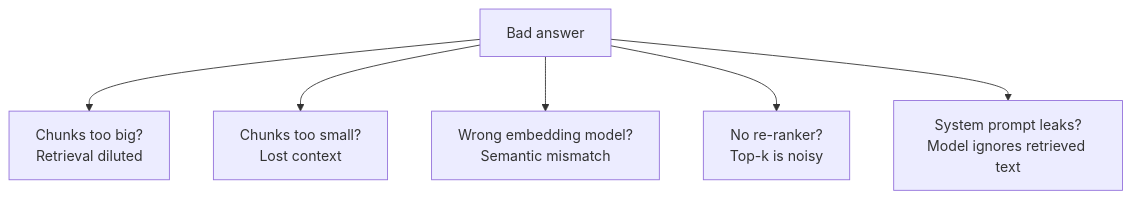
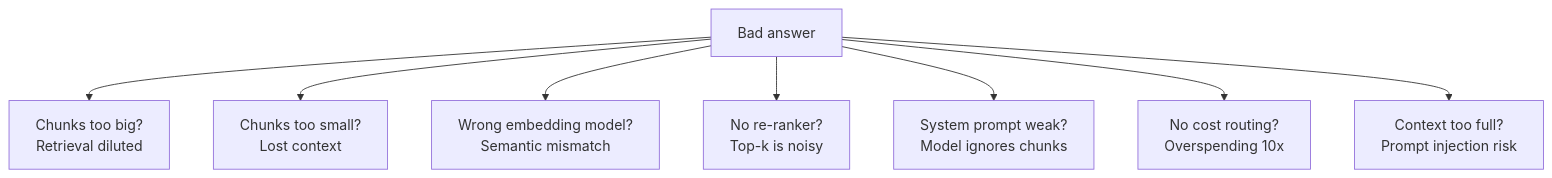
Before and after one commit to shubhamag91/ai-playbook: the third of 3 diagrams in src/content/docs/diagrams/rag-architecture.md, drawn with Mermaid. The commit also changed other lines of this file, not shown here.

Commit message:
Update RAG architecture diagram with May 2026 production best practices

````diff
--- a/src/content/docs/diagrams/rag-architecture.md
+++ b/src/content/docs/diagrams/rag-architecture.md
@@ -38,8 +77,10 @@
 ```mermaid
 flowchart TB
     X[Bad answer] --> A1[Chunks too big?<br/>Retrieval diluted]
     X --> A2[Chunks too small?<br/>Lost context]
     X --> A3[Wrong embedding model?<br/>Semantic mismatch]
     X --> A4[No re-ranker?<br/>Top-k is noisy]
-    X --> A5[System prompt leaks?<br/>Model ignores retrieved text]
+    X --> A5[System prompt weak?<br/>Model ignores chunks]
+    X --> A6[No cost routing?<br/>Overspending 10x]
+    X --> A7[Context too full?<br/>Prompt injection risk]
 ```
````
